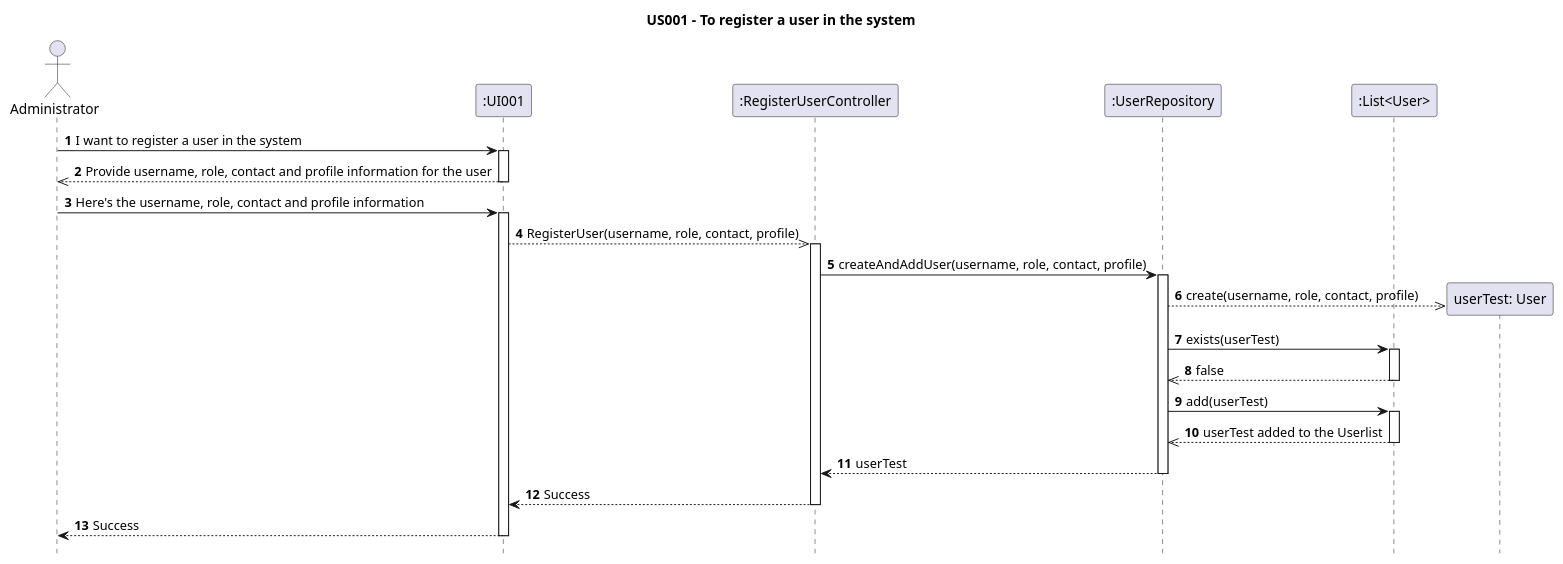
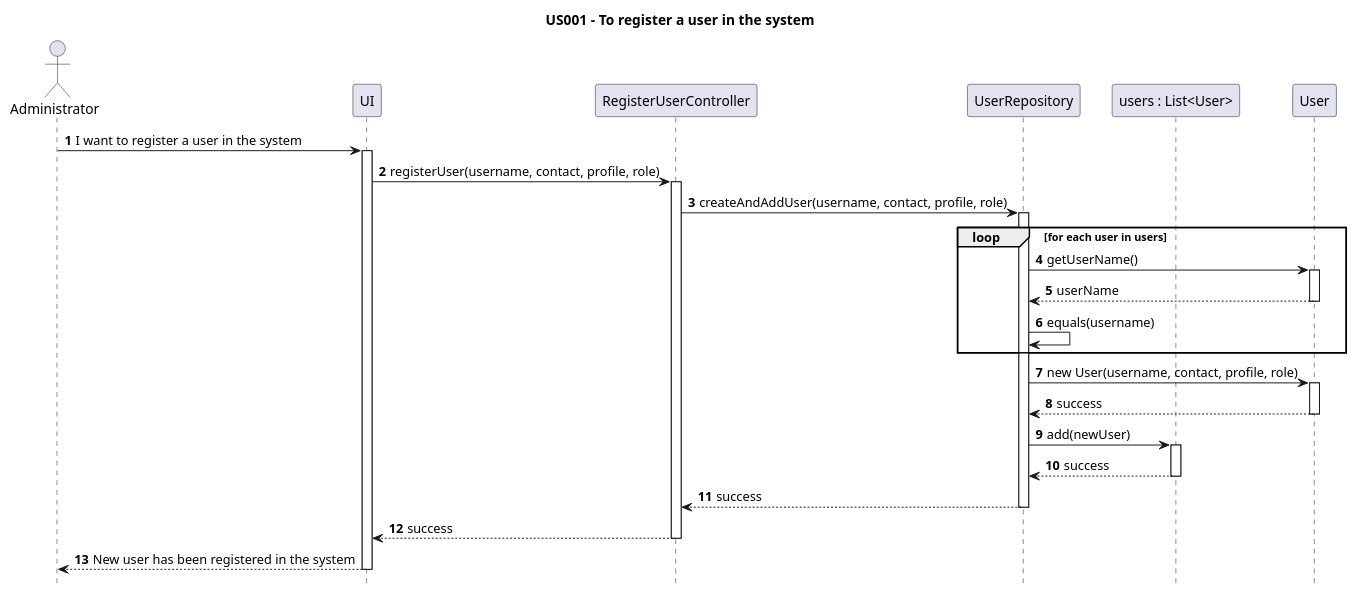
Before and after one commit to AndrePereiraGitH/SWitCH-Project-Team_A: the diagram in Diagrams/SequenceDiagrams/N2/US001-to-register-a-user.puml, drawn with PlantUML. The commit also changed 8 other files, not shown here.

Commit message:
Working on #244, updated diagrams, tests and created tests and class for UserFactory

```diff
--- a/Diagrams/SequenceDiagrams/N2/US001-to-register-a-user.puml
+++ b/Diagrams/SequenceDiagrams/N2/US001-to-register-a-user.puml
@@ -1,60 +1,52 @@
 @startuml
 
 hide footbox
 autonumber
 
 title US001 - To register a user in the system
 
 actor Administrator
-participant ":UI001" as UI
+participant UI
+participant RegisterUserController
+participant UserRepository
+participant "users : List<User>" as UserList
+participant User
 
-participant ":RegisterUserController" as RegisterUserController
-
-participant ":UserRepository" as UserRepository
-
-participant ":List<User>"
-
-' Human contact between Administrator and UI
 Administrator -> UI : I want to register a user in the system
 activate UI
-UI -->> Administrator :  Provide username, role, contact and profile information for the user
-deactivate UI
 
-Administrator -> UI :  Here's the username, role, contact and profile information
-
-activate UI
-' First contact between UI and the System
-UI -->> RegisterUserController : RegisterUser(username, role, contact, profile)
+UI -> RegisterUserController : registerUser(username, contact, profile, role)
 activate RegisterUserController
 
-RegisterUserController -> UserRepository : createAndAddUser(username, role, contact, profile)
+RegisterUserController -> UserRepository : createAndAddUser(username, contact, profile, role)
 
 activate UserRepository
-' Creation of u1 instance from User class
-create "userTest: User" as User
 
-' Creation, validation and addition
-UserRepository -->> User : create(username, role, contact, profile)
-UserRepository -> ":List<User>"  : exists(userTest)
-activate ":List<User>"
-":List<User>" -->> UserRepository : false
-deactivate ":List<User>"
+loop for each user in users
 
-UserRepository -> ":List<User>" : add(userTest)
-activate ":List<User>"
-":List<User>" -->> UserRepository : userTest added to the Userlist
-deactivate ":List<User>"
+    UserRepository -> User : getUserName()
+    activate User
+    User --> UserRepository : userName
+    deactivate User
+    UserRepository -> UserRepository : equals(username)
+end
 
-' Return from UserRepository to RegisterUserController
-UserRepository --> RegisterUserController : userTest
+UserRepository -> User : new User(username, contact, profile, role)
+activate User
+User --> UserRepository : success
+deactivate User
+
+UserRepository -> UserList : add(newUser)
+activate UserList
+UserList --> UserRepository : success
+deactivate UserList
+
+UserRepository --> RegisterUserController : success
 deactivate UserRepository
-
-' Return from RegisterUserController to UI
-RegisterUserController --> UI : Success
+RegisterUserController --> UI : success
 deactivate RegisterUserController
 
-' Return from UI to Administrator
-UI --> Administrator : Success
+UI --> Administrator : New user has been registered in the system
 deactivate UI
 
 @enduml
```
